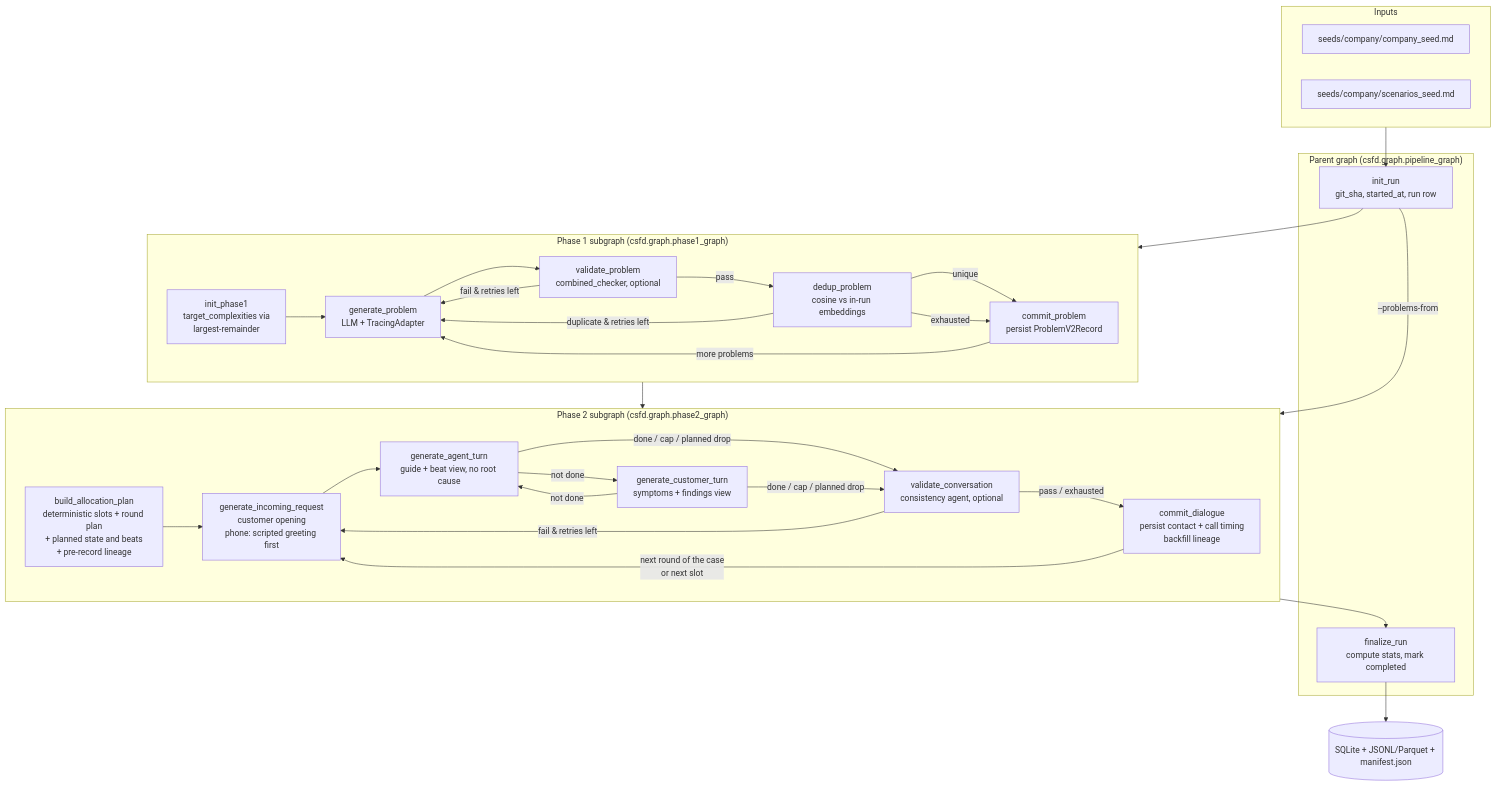
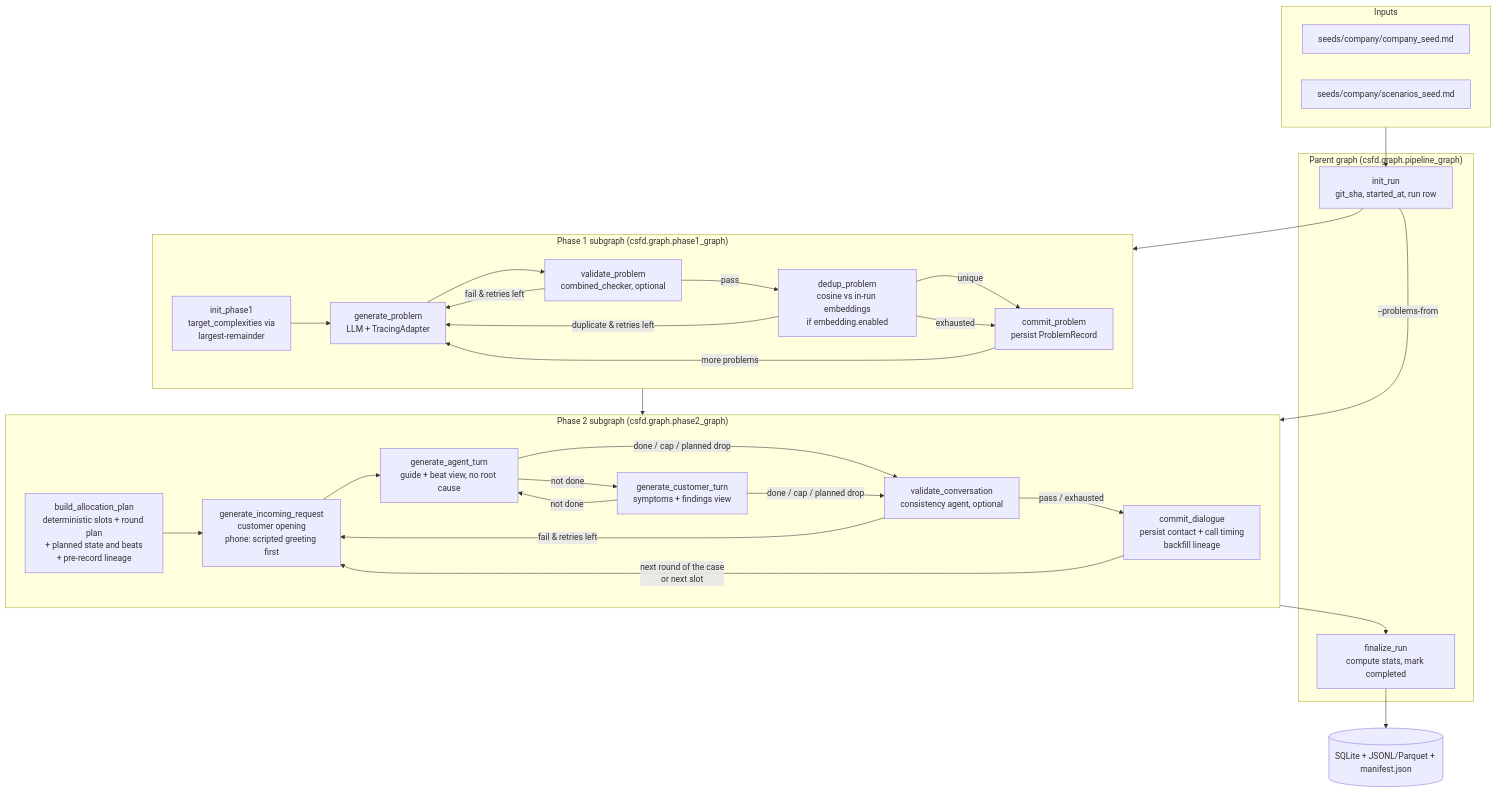
The diagram in README.md (iamthejao/customer_support_data_generator), drawn with Mermaid before and after one commit. The commit also changed other lines of this file and 9 other files, not shown here.

````diff
--- a/README.md
+++ b/README.md
@@ -185,49 +105,49 @@
 ```mermaid
 flowchart TB
     subgraph Seeds["Inputs"]
         C[seeds/company/company_seed.md]
         S[seeds/company/scenarios_seed.md]
     end
     subgraph PARENT["Parent graph (csfd.graph.pipeline_graph)"]
         IR[init_run<br>git_sha, started_at, run row]
         FR[finalize_run<br>compute stats, mark completed]
     end
     subgraph P1["Phase 1 subgraph (csfd.graph.phase1_graph)"]
         IP[init_phase1<br>target_complexities via<br>largest-remainder]
         GP[generate_problem<br>LLM + TracingAdapter]
         VP[validate_problem<br>combined_checker, optional]
-        DP[dedup_problem<br>cosine vs in-run embeddings]
-        CP[commit_problem<br>persist ProblemV2Record]
+        DP[dedup_problem<br>cosine vs in-run embeddings<br>if embedding.enabled]
+        CP[commit_problem<br>persist ProblemRecord]
         IP --> GP
         GP --> VP
         VP -->|fail & retries left| GP
         VP -->|pass| DP
         DP -->|unique| CP
         DP -->|duplicate & retries left| GP
         DP -->|exhausted| CP
         CP -->|more problems| GP
     end
     subgraph P2["Phase 2 subgraph (csfd.graph.phase2_graph)"]
         BAP[build_allocation_plan<br>deterministic slots + round plan<br>+ planned state and beats<br>+ pre-record lineage]
         GIR[generate_incoming_request<br>customer opening<br>phone: scripted greeting first]
         GAT[generate_agent_turn<br>guide + beat view, no root cause]
         GCT[generate_customer_turn<br>symptoms + findings view]
         VC[validate_conversation<br>consistency agent, optional]
         CD[commit_dialogue<br>persist contact + call timing<br>backfill lineage]
         BAP --> GIR
         GIR --> GAT
         GAT -->|not done| GCT
         GCT -->|not done| GAT
         GAT -->|done / cap / planned drop| VC
         GCT -->|done / cap / planned drop| VC
         VC -->|fail & retries left| GIR
         VC -->|pass / exhausted| CD
         CD -->|next round of the case<br>or next slot| GIR
     end
     Seeds --> IR
     IR --> P1
     IR -->|--problems-from| P2
     P1 --> P2
     P2 --> FR
     FR --> EX[(SQLite + JSONL/Parquet + manifest.json)]
 ```
````
